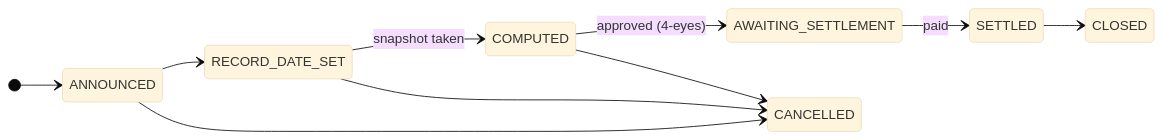
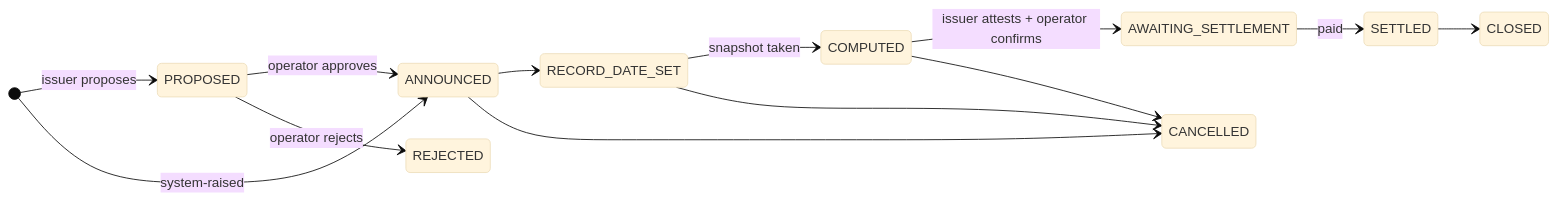
The first of 2 diagrams in docs/customer/lifecycle/redemption.md (makibytes/registerwerk), drawn with Mermaid (base theme) before and after one commit. The commit also changed other lines of this file and 197 other files, not shown here.

````diff
--- a/docs/customer/lifecycle/redemption.md
+++ b/docs/customer/lifecycle/redemption.md
@@ -52,13 +52,16 @@
 ```mermaid
 stateDiagram-v2
     direction LR
-    [*] --> ANNOUNCED
+    [*] --> PROPOSED: issuer proposes
+    [*] --> ANNOUNCED: system-raised
+    PROPOSED --> ANNOUNCED: operator approves
+    PROPOSED --> REJECTED: operator rejects
     ANNOUNCED --> RECORD_DATE_SET
     RECORD_DATE_SET --> COMPUTED: snapshot taken
-    COMPUTED --> AWAITING_SETTLEMENT: approved (4-eyes)
+    COMPUTED --> AWAITING_SETTLEMENT: issuer attests + operator confirms
     AWAITING_SETTLEMENT --> SETTLED: paid
     SETTLED --> CLOSED
     ANNOUNCED --> CANCELLED
     RECORD_DATE_SET --> CANCELLED
     COMPUTED --> CANCELLED
 ```
````
